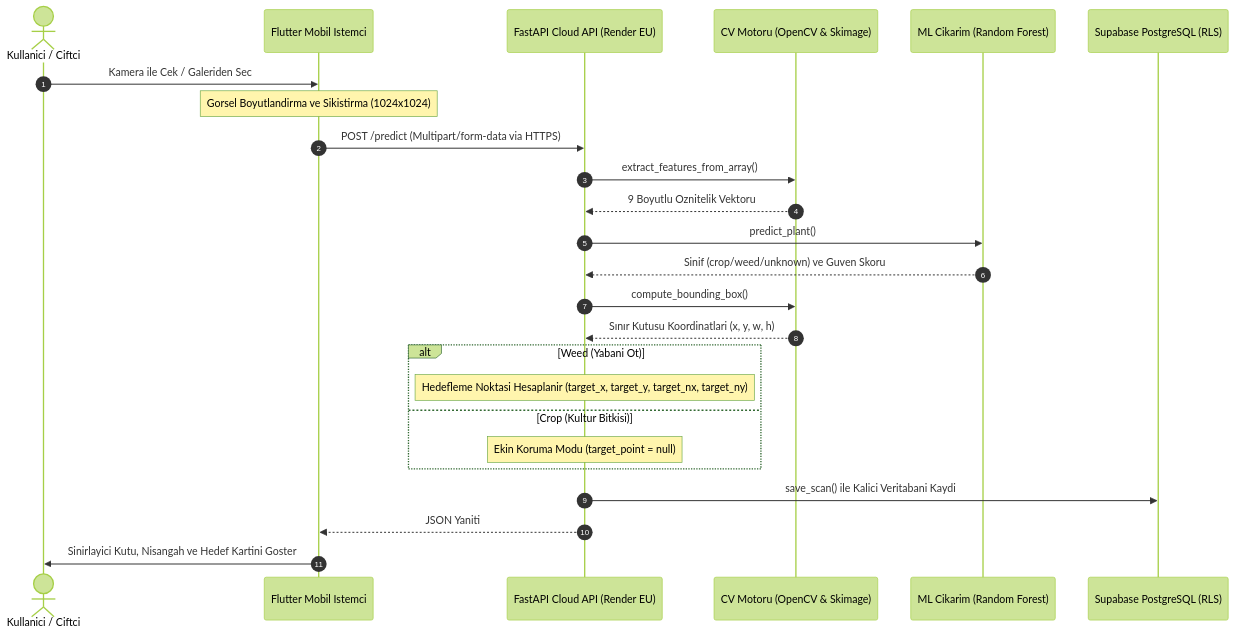
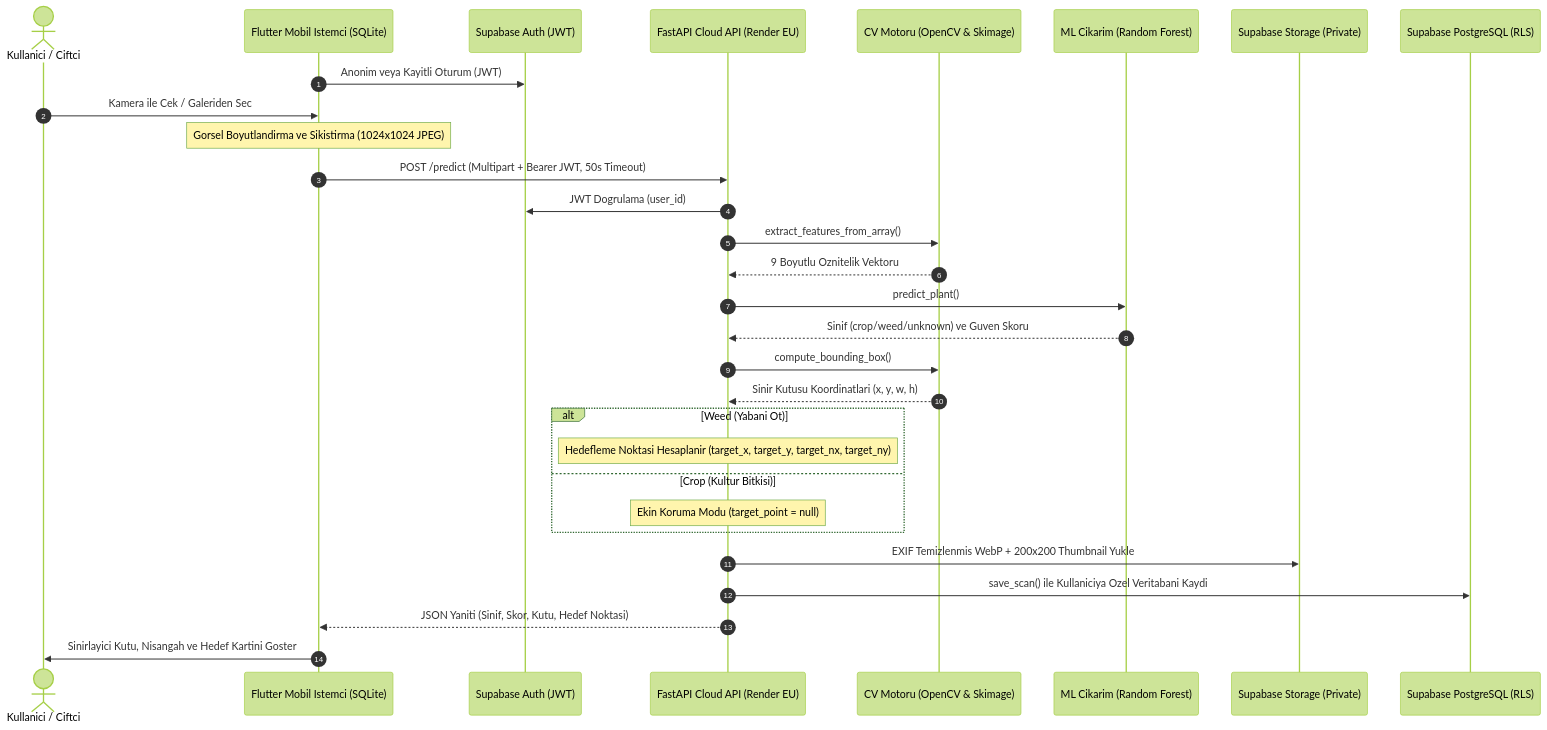
One commit to AliAlperenCivil/FloraScan-Showcase changed the second of 2 diagrams in README.md. Above: the diagram before and after it, drawn with Mermaid (forest theme). The commit also changed other lines of this file and 2 other files, not shown here.

Commit message:
docs: update showcase architecture, screenshots and verified model metrics

````diff
--- a/README.md
+++ b/README.md
@@ -113,30 +115,35 @@
 ```mermaid
 sequenceDiagram
     autonumber
     actor U as Kullanici / Ciftci
-    participant APP as Flutter Mobil Istemci
+    participant APP as Flutter Mobil Istemci (SQLite)
+    participant AUTH as Supabase Auth (JWT)
     participant API as FastAPI Cloud API (Render EU)
     participant CV as CV Motoru (OpenCV & Skimage)
     participant ML as ML Cikarim (Random Forest)
+    participant ST as Supabase Storage (Private)
     participant DB as Supabase PostgreSQL (RLS)
 
+    APP->>AUTH: Anonim veya Kayitli Oturum (JWT)
     U->>APP: Kamera ile Cek / Galeriden Sec
-    Note over APP: Gorsel Boyutlandirma ve Sikistirma (1024x1024)
-    APP->>API: POST /predict (Multipart/form-data via HTTPS)
+    Note over APP: Gorsel Boyutlandirma ve Sikistirma (1024x1024 JPEG)
+    APP->>API: POST /predict (Multipart + Bearer JWT, 50s Timeout)
+    API->>AUTH: JWT Dogrulama (user_id)
     API->>CV: extract_features_from_array()
     CV-->>API: 9 Boyutlu Oznitelik Vektoru
     API->>ML: predict_plant()
     ML-->>API: Sinif (crop/weed/unknown) ve Guven Skoru
     API->>CV: compute_bounding_box()
-    CV-->>API: Sınır Kutusu Koordinatlari (x, y, w, h)
+    CV-->>API: Sinir Kutusu Koordinatlari (x, y, w, h)
     
     alt Weed (Yabani Ot)
         Note over API: Hedefleme Noktasi Hesaplanir (target_x, target_y, target_nx, target_ny)
     else Crop (Kultur Bitkisi)
         Note over API: Ekin Koruma Modu (target_point = null)
     end
     
-    API->>DB: save_scan() ile Kalici Veritabani Kaydi
-    API-->>APP: JSON Yaniti
+    API->>ST: EXIF Temizlenmis WebP + 200x200 Thumbnail Yukle
+    API->>DB: save_scan() ile Kullaniciya Ozel Veritabani Kaydi
+    API-->>APP: JSON Yaniti (Sinif, Skor, Kutu, Hedef Noktasi)
     APP->>U: Sinirlayici Kutu, Nisangah ve Hedef Kartini Goster
 ```
````
